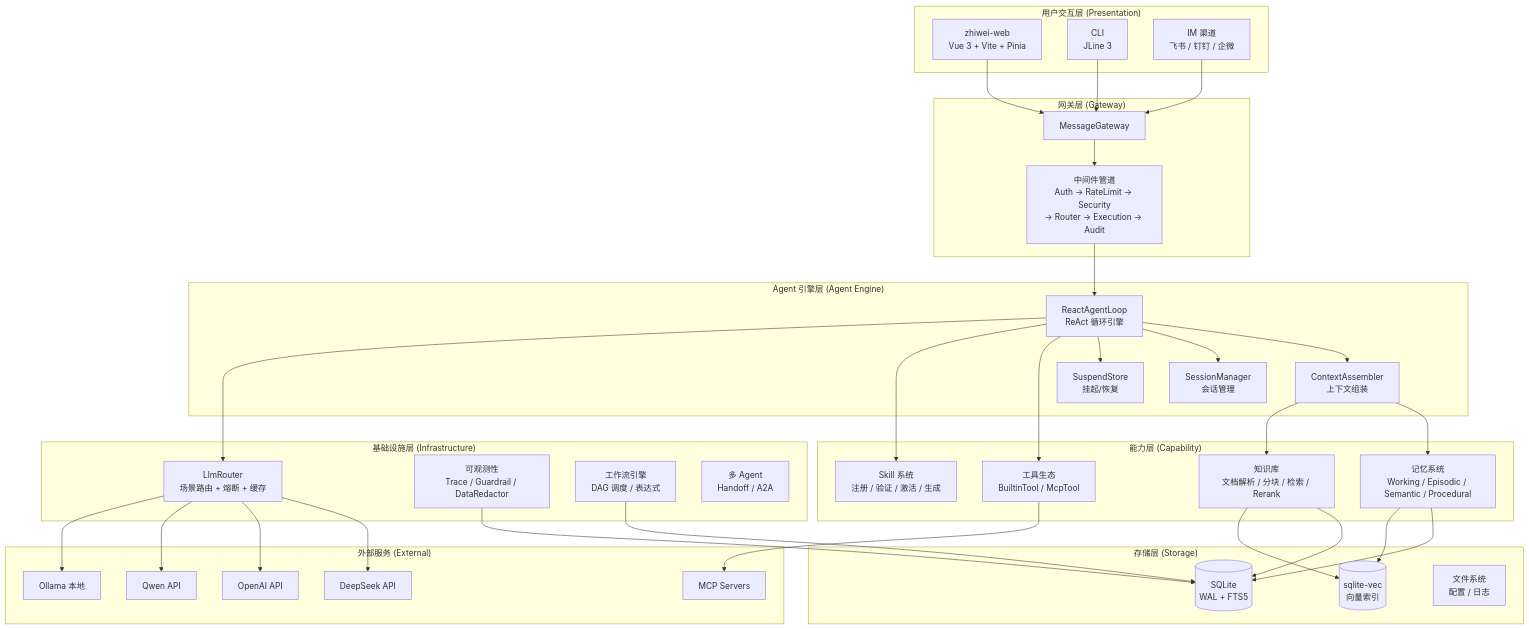
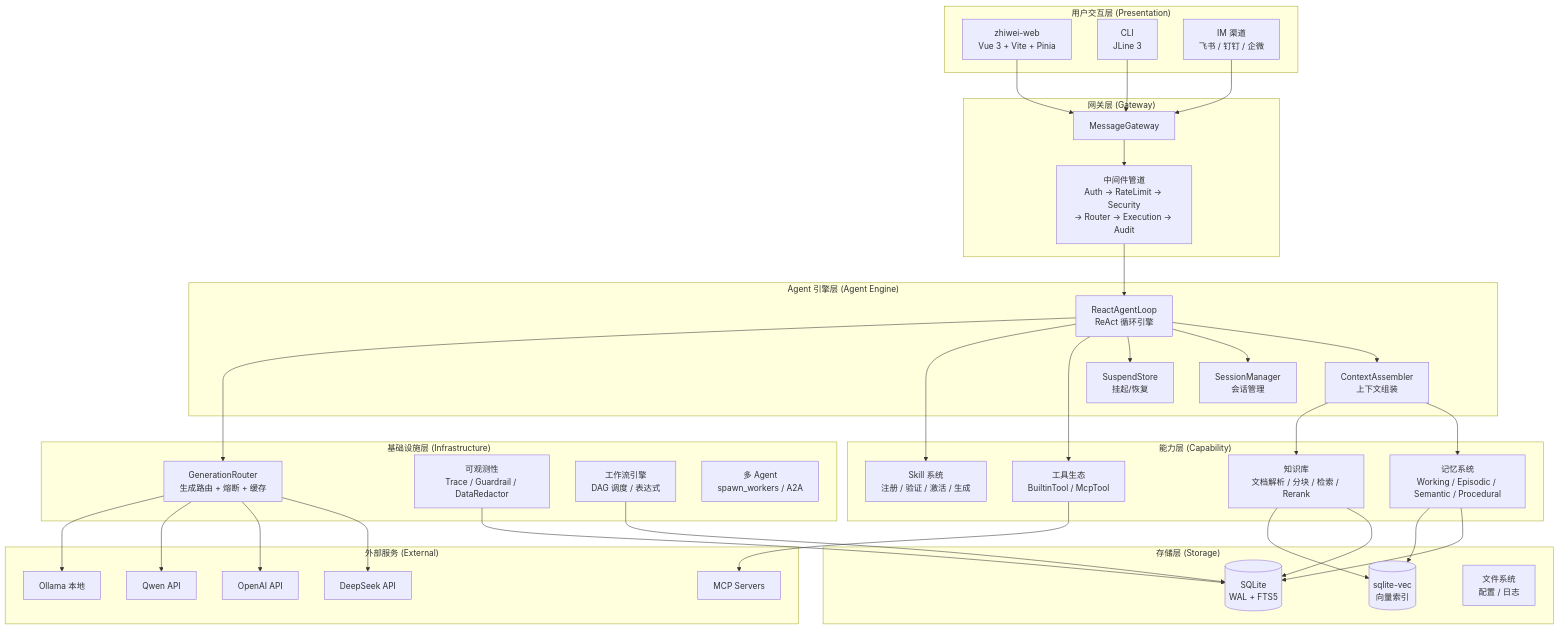
One commit to ntygod/LifePilot changed the first of 35 diagrams in ARCHITECTURE-DIAGRAMS.md. Above: the diagram before and after it, drawn with Mermaid. The commit also changed other lines of this file and 46 other files, not shown here.

````diff
--- a/ARCHITECTURE-DIAGRAMS.md
+++ b/ARCHITECTURE-DIAGRAMS.md
@@ -33,77 +33,76 @@
 ```mermaid
 graph TB
     subgraph "用户交互层 (Presentation)"
         WebUI[zhiwei-web<br/>Vue 3 + Vite + Pinia]
         CLI[CLI<br/>JLine 3]
         IM[IM 渠道<br/>飞书 / 钉钉 / 企微]
     end
 
     subgraph "网关层 (Gateway)"
         Gateway[MessageGateway]
         Middleware[中间件管道<br/>Auth → RateLimit → Security<br/>→ Router → Execution → Audit]
     end
 
     subgraph "Agent 引擎层 (Agent Engine)"
         ReactLoop[ReactAgentLoop<br/>ReAct 循环引擎]
         CtxAssembler[ContextAssembler<br/>上下文组装]
         SessionMgr[SessionManager<br/>会话管理]
         Suspend[SuspendStore<br/>挂起/恢复]
     end
 
     subgraph "能力层 (Capability)"
         SkillSystem[Skill 系统<br/>注册 / 验证 / 激活 / 生成]
         ToolEco[工具生态<br/>BuiltinTool / McpTool]
         MemorySystem[记忆系统<br/>Working / Episodic / Semantic / Procedural]
         KnowledgeBase[知识库<br/>文档解析 / 分块 / 检索 / Rerank]
     end
 
     subgraph "基础设施层 (Infrastructure)"
-        LlmRouter[LlmRouter<br/>场景路由 + 熔断 + 缓存]
+        LlmRouter[GenerationRouter<br/>生成路由 + 熔断 + 缓存]
         Observability[可观测性<br/>Trace / Guardrail / DataRedactor]
         Workflow[工作流引擎<br/>DAG 调度 / 表达式]
-        MultiAgent[多 Agent<br/>Handoff / A2A]
+        MultiAgent[多 Agent<br/>spawn_workers / A2A]
     end
 
     subgraph "存储层 (Storage)"
         SQLite[(SQLite<br/>WAL + FTS5)]
         SqliteVec[(sqlite-vec<br/>向量索引)]
         FileStore[文件系统<br/>配置 / 日志]
     end
 
     subgraph "外部服务 (External)"
         DeepSeek[DeepSeek API]
         OpenAI[OpenAI API]
         Qwen[Qwen API]
         Ollama[Ollama 本地]
         McpServers[MCP Servers]
     end
 
     WebUI --> Gateway
     CLI --> Gateway
     IM --> Gateway
     Gateway --> Middleware
     Middleware --> ReactLoop
 
     ReactLoop --> CtxAssembler
     ReactLoop --> SessionMgr
     ReactLoop --> Suspend
     CtxAssembler --> MemorySystem
     CtxAssembler --> KnowledgeBase
 
     ReactLoop --> ToolEco
     ReactLoop --> SkillSystem
     ReactLoop --> LlmRouter
-
     ToolEco --> McpServers
     LlmRouter --> DeepSeek
     LlmRouter --> OpenAI
     LlmRouter --> Qwen
     LlmRouter --> Ollama
 
     MemorySystem --> SQLite
     MemorySystem --> SqliteVec
     KnowledgeBase --> SQLite
     KnowledgeBase --> SqliteVec
     Observability --> SQLite
     Workflow --> SQLite
 ```
````
